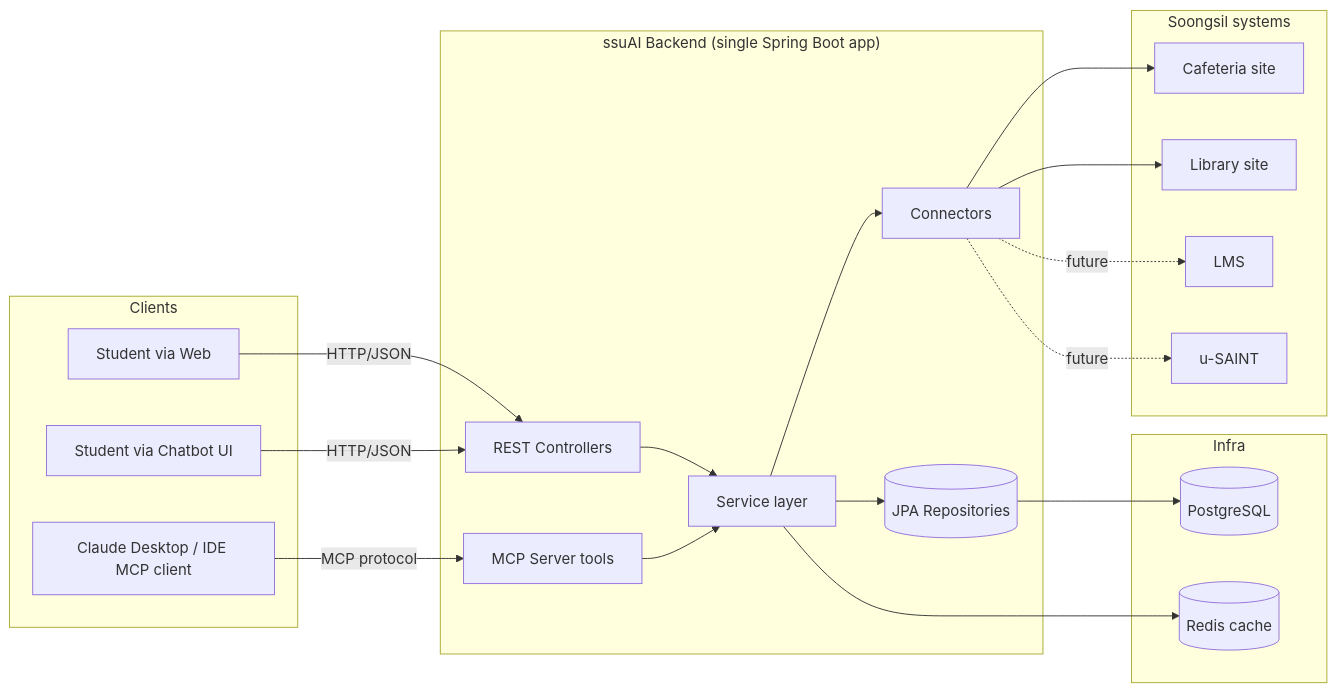
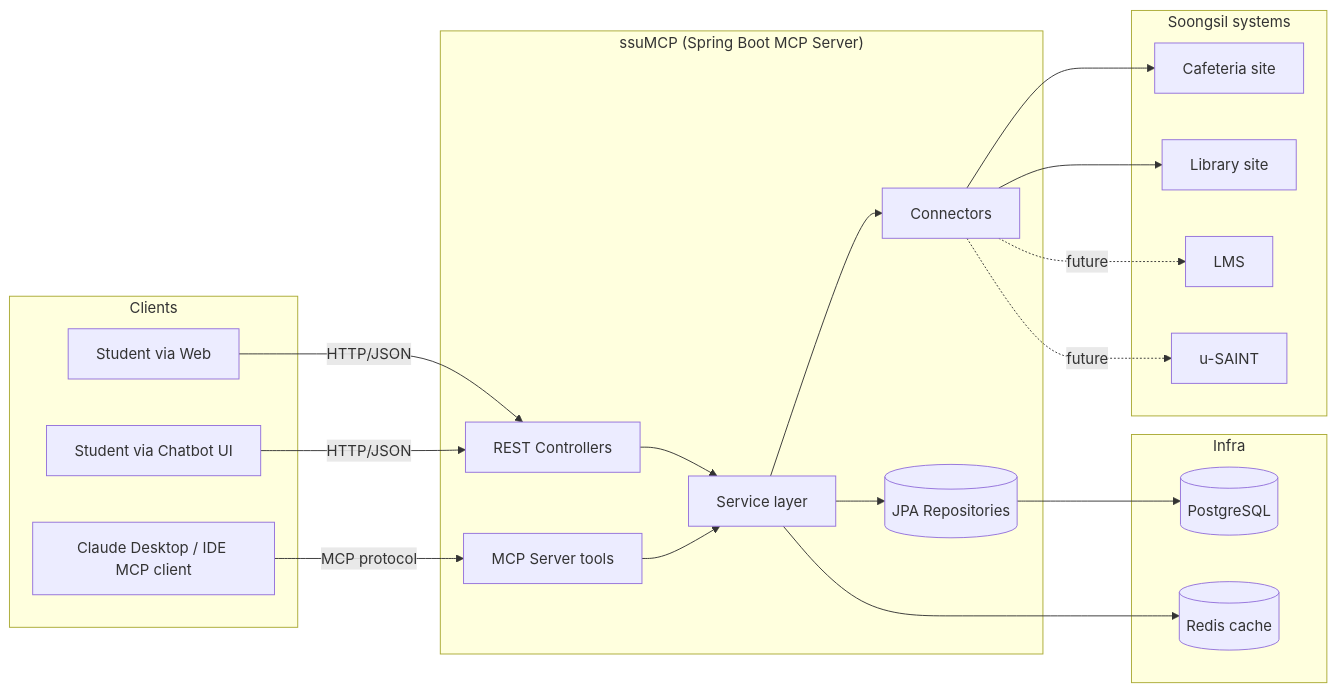
One commit to hoeongj/ssuMCP changed the first of 2 diagrams in docs/architecture.md. Above: the diagram before and after it, drawn with Mermaid. The commit also changed other lines of this file and 3 other files, not shown here.

Commit message:
docs: fix ssuAI -> ssuMCP references, correct Kotlin FFI path in AGENTS

````diff
--- a/docs/architecture.md
+++ b/docs/architecture.md
@@ -22,42 +24,42 @@
 ```mermaid
 flowchart LR
     subgraph Clients
         U1[Student via Web]
         U2[Student via Chatbot UI]
         U3[Claude Desktop / IDE MCP client]
     end
 
-    subgraph ssuAI["ssuAI Backend (single Spring Boot app)"]
+    subgraph ssuMCP["ssuMCP (Spring Boot MCP Server)"]
         REST[REST Controllers]
         MCP[MCP Server tools]
         SVC[Service layer]
         REPO[(JPA Repositories)]
         CONN[Connectors]
     end
 
     subgraph Infra
         PG[(PostgreSQL)]
         RD[(Redis cache)]
     end
 
     subgraph School["Soongsil systems"]
         MEAL[Cafeteria site]
         LIB[Library site]
         LMS[LMS]
         USAINT[u-SAINT]
     end
 
     U1 -->|HTTP/JSON| REST
     U2 -->|HTTP/JSON| REST
     U3 -->|MCP protocol| MCP
     REST --> SVC
     MCP --> SVC
     SVC --> REPO
     SVC --> CONN
     REPO --> PG
     SVC --> RD
     CONN --> MEAL
     CONN --> LIB
     CONN -.future.-> LMS
     CONN -.future.-> USAINT
 ```
````
